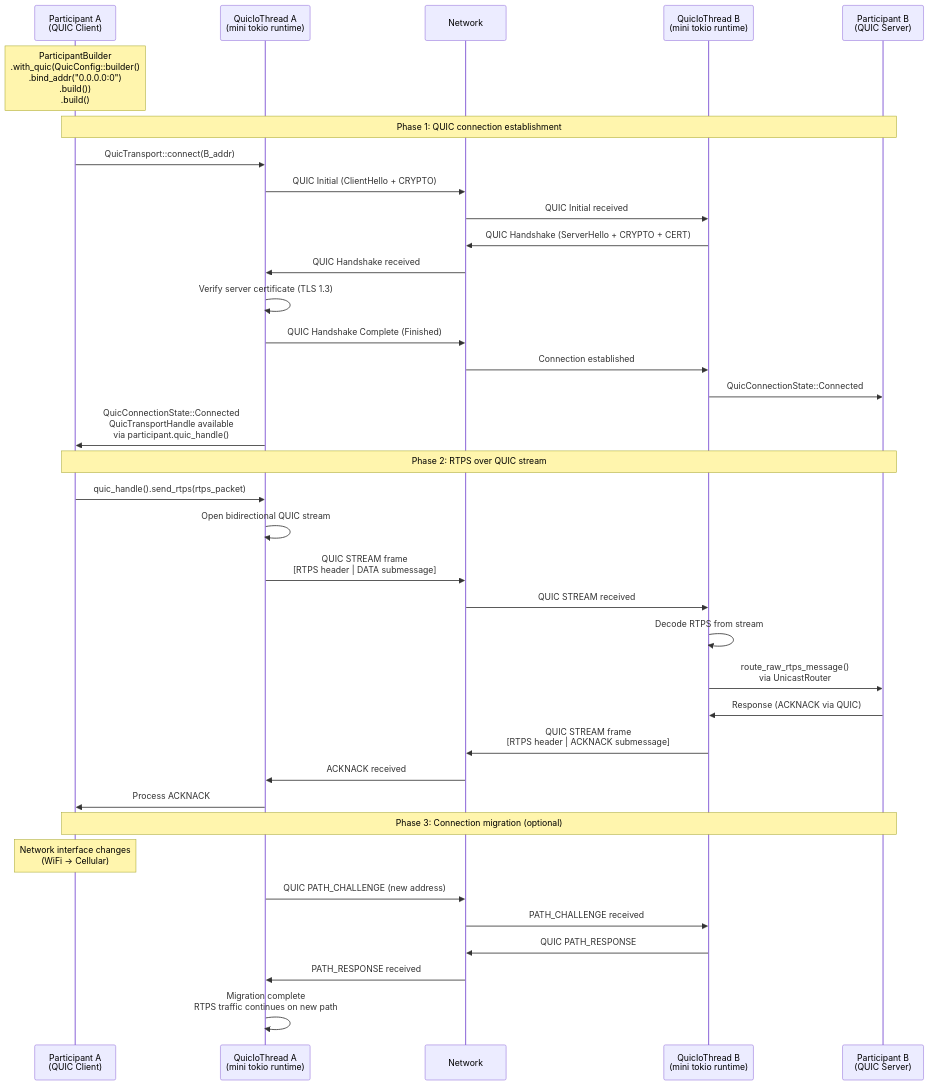
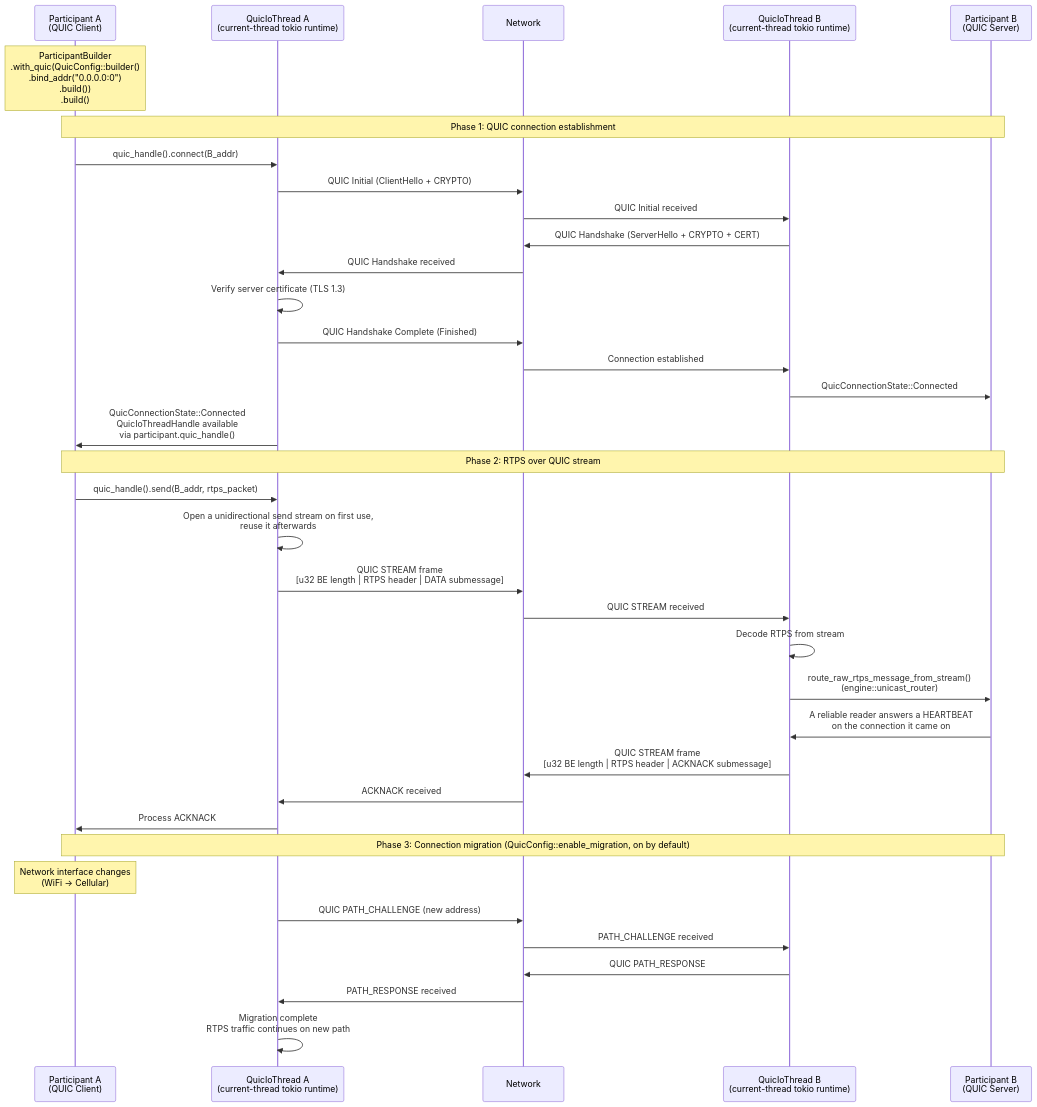
Before and after one commit to hdds-team/hdds: the fourth of 9 diagrams in docs/sequence-diagrams.md, drawn with Mermaid. The commit also changed other lines of this file and 1712 other files, not shown here.

````diff
--- a/docs/sequence-diagrams.md
+++ b/docs/sequence-diagrams.md
@@ -182,47 +180,47 @@
 ```mermaid
 sequenceDiagram
     participant A as Participant A<br/>(QUIC Client)
-    participant QA as QuicIoThread A<br/>(mini tokio runtime)
+    participant QA as QuicIoThread A<br/>(current-thread tokio runtime)
     participant NET as Network
-    participant QB as QuicIoThread B<br/>(mini tokio runtime)
+    participant QB as QuicIoThread B<br/>(current-thread tokio runtime)
     participant B as Participant B<br/>(QUIC Server)
 
     Note over A: ParticipantBuilder<br/>.with_quic(QuicConfig::builder()<br/>  .bind_addr("0.0.0.0:0")<br/>  .build())<br/>.build()
 
     Note over A,B: Phase 1: QUIC connection establishment
 
-    A->>QA: QuicTransport::connect(B_addr)
+    A->>QA: quic_handle().connect(B_addr)
     QA->>NET: QUIC Initial (ClientHello + CRYPTO)
     NET->>QB: QUIC Initial received
     QB->>NET: QUIC Handshake (ServerHello + CRYPTO + CERT)
     NET->>QA: QUIC Handshake received
     QA->>QA: Verify server certificate (TLS 1.3)
     QA->>NET: QUIC Handshake Complete (Finished)
     NET->>QB: Connection established
     QB->>B: QuicConnectionState::Connected
 
-    QA->>A: QuicConnectionState::Connected<br/>QuicTransportHandle available<br/>via participant.quic_handle()
+    QA->>A: QuicConnectionState::Connected<br/>QuicIoThreadHandle available<br/>via participant.quic_handle()
 
     Note over A,B: Phase 2: RTPS over QUIC stream
 
-    A->>QA: quic_handle().send_rtps(rtps_packet)
-    QA->>QA: Open bidirectional QUIC stream
-    QA->>NET: QUIC STREAM frame<br/>[RTPS header | DATA submessage]
+    A->>QA: quic_handle().send(B_addr, rtps_packet)
+    QA->>QA: Open a unidirectional send stream on first use,<br/>reuse it afterwards
+    QA->>NET: QUIC STREAM frame<br/>[u32 BE length | RTPS header | DATA submessage]
     NET->>QB: QUIC STREAM received
     QB->>QB: Decode RTPS from stream
-    QB->>B: route_raw_rtps_message()<br/>via UnicastRouter
+    QB->>B: route_raw_rtps_message_from_stream()<br/>(engine::unicast_router)
 
-    B->>QB: Response (ACKNACK via QUIC)
-    QB->>NET: QUIC STREAM frame<br/>[RTPS header | ACKNACK submessage]
+    B->>QB: A reliable reader answers a HEARTBEAT<br/>on the connection it came on
+    QB->>NET: QUIC STREAM frame<br/>[u32 BE length | RTPS header | ACKNACK submessage]
     NET->>QA: ACKNACK received
     QA->>A: Process ACKNACK
 
-    Note over A,B: Phase 3: Connection migration (optional)
+    Note over A,B: Phase 3: Connection migration (QuicConfig::enable_migration, on by default)
 
     Note over A: Network interface changes<br/>(WiFi -> Cellular)
     QA->>NET: QUIC PATH_CHALLENGE (new address)
     NET->>QB: PATH_CHALLENGE received
     QB->>NET: QUIC PATH_RESPONSE
     NET->>QA: PATH_RESPONSE received
     QA->>QA: Migration complete<br/>RTPS traffic continues on new path
 ```
````
